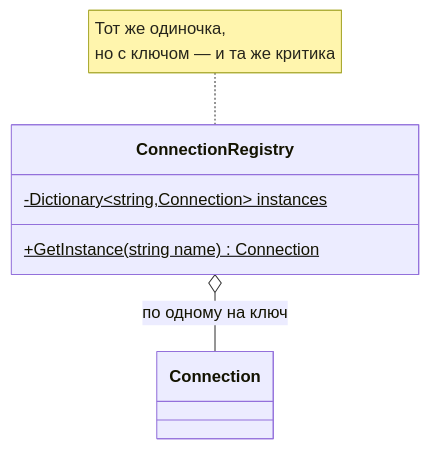
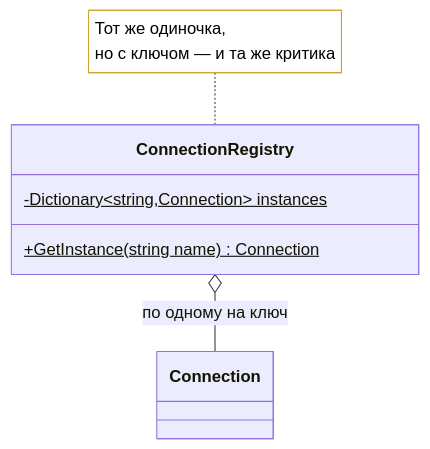
One commit to radilov-spsu/materials changed the third of 3 diagrams in OOP/self-study/05-lazy-object-pool-multiton.md. Above: the diagram before and after it, drawn with Mermaid. The commit also changed other lines of this file and 11 other files, not shown here.

````diff
--- a/OOP/self-study/05-lazy-object-pool-multiton.md
+++ b/OOP/self-study/05-lazy-object-pool-multiton.md
@@ -230,11 +230,11 @@
 ```mermaid
-%%{init: {'themeVariables': {'noteTextColor': '#26251c'}}}%%
+%%{init: {'themeVariables': {'noteBkgColor': 'transparent', 'noteBorderColor': '#c9a227'}}}%%
 classDiagram
     class ConnectionRegistry {
         -Dictionary~string,Connection~ instances$
         +GetInstance(string name)$ Connection
     }
     class Connection
     ConnectionRegistry o-- Connection : по одному на ключ
     note for ConnectionRegistry "Тот же одиночка,<br/>но с ключом — и та же критика"
 ```
````
